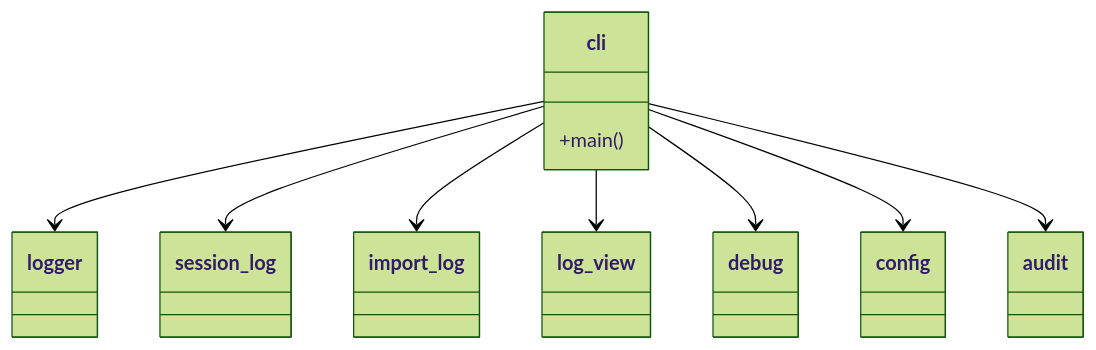
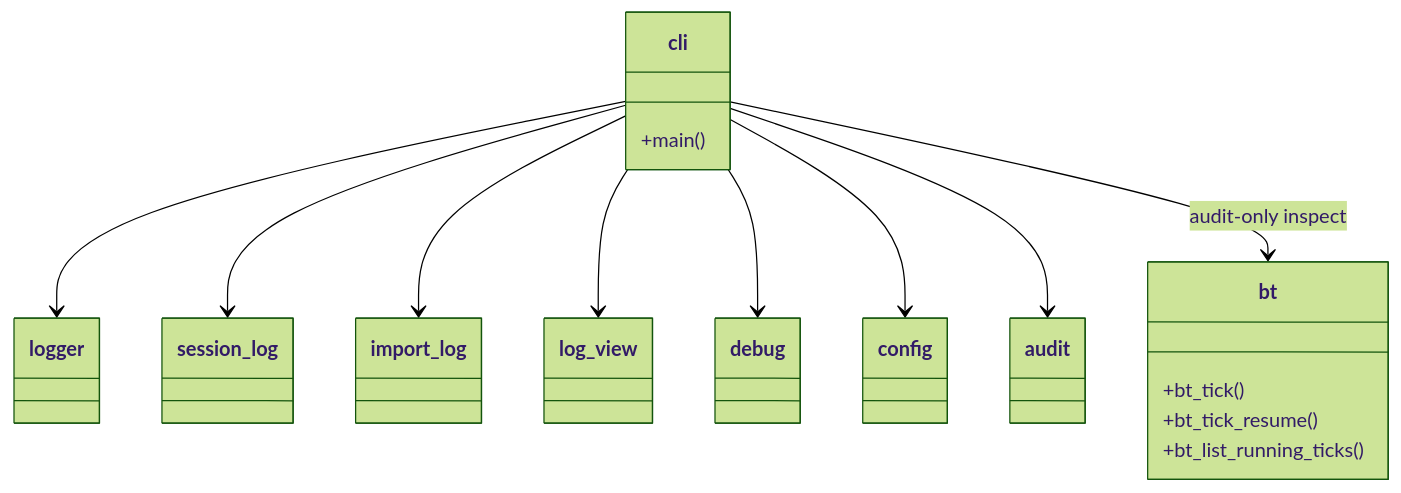
Before and after one commit to nan023062/agent-team-cc: the diagram in v1/kernel/engine/.dna/module.md, drawn with Mermaid (forest theme). The commit also changed other lines of this file and 40 other files, not shown here.

````diff
--- a/v1/kernel/engine/.dna/module.md
+++ b/v1/kernel/engine/.dna/module.md
@@ -17,21 +20,27 @@
 ```mermaid
 classDiagram
     class cli {
         +main()
     }
     class logger
     class session_log
     class import_log
     class log_view
     class debug
     class config
     class audit
+    class bt {
+        +bt_tick()
+        +bt_tick_resume()
+        +bt_list_running_ticks()
+    }
 
     cli --> logger
     cli --> session_log
     cli --> import_log
     cli --> log_view
     cli --> debug
     cli --> config
     cli --> audit
+    cli --> bt : audit-only inspect
 ```
````
